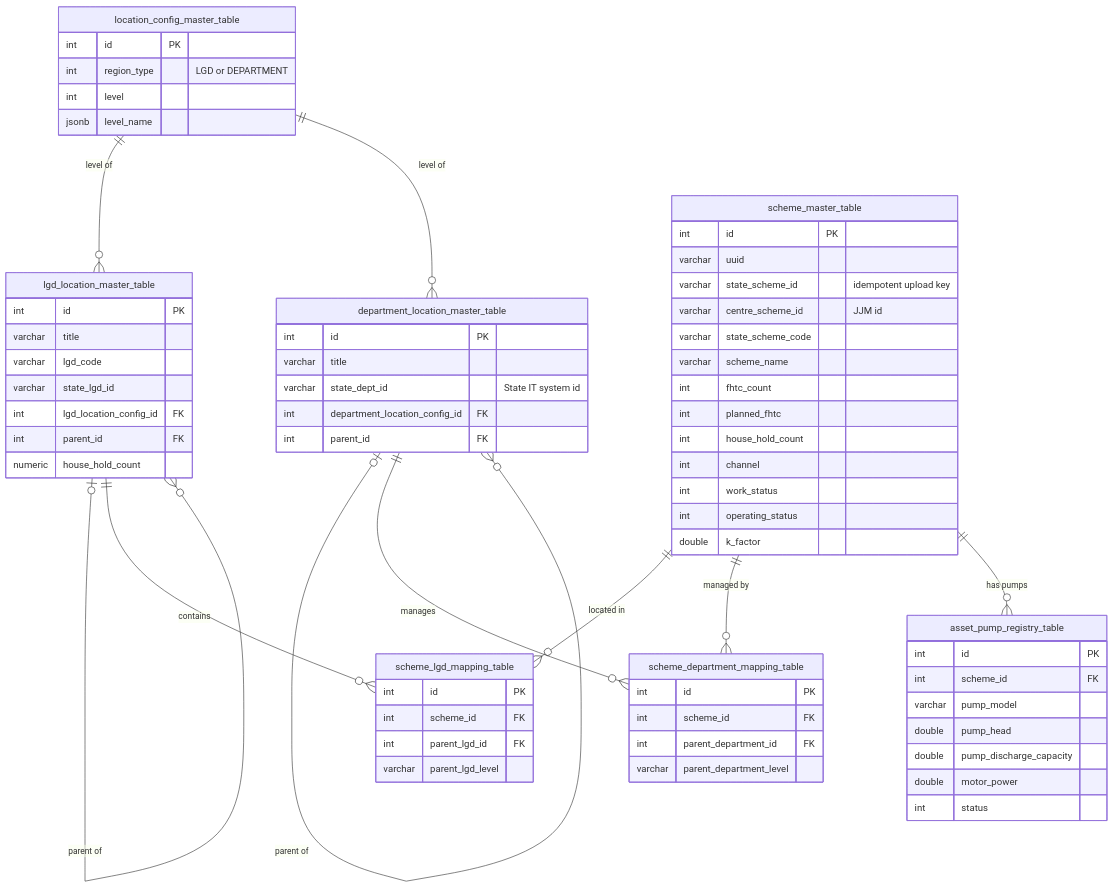
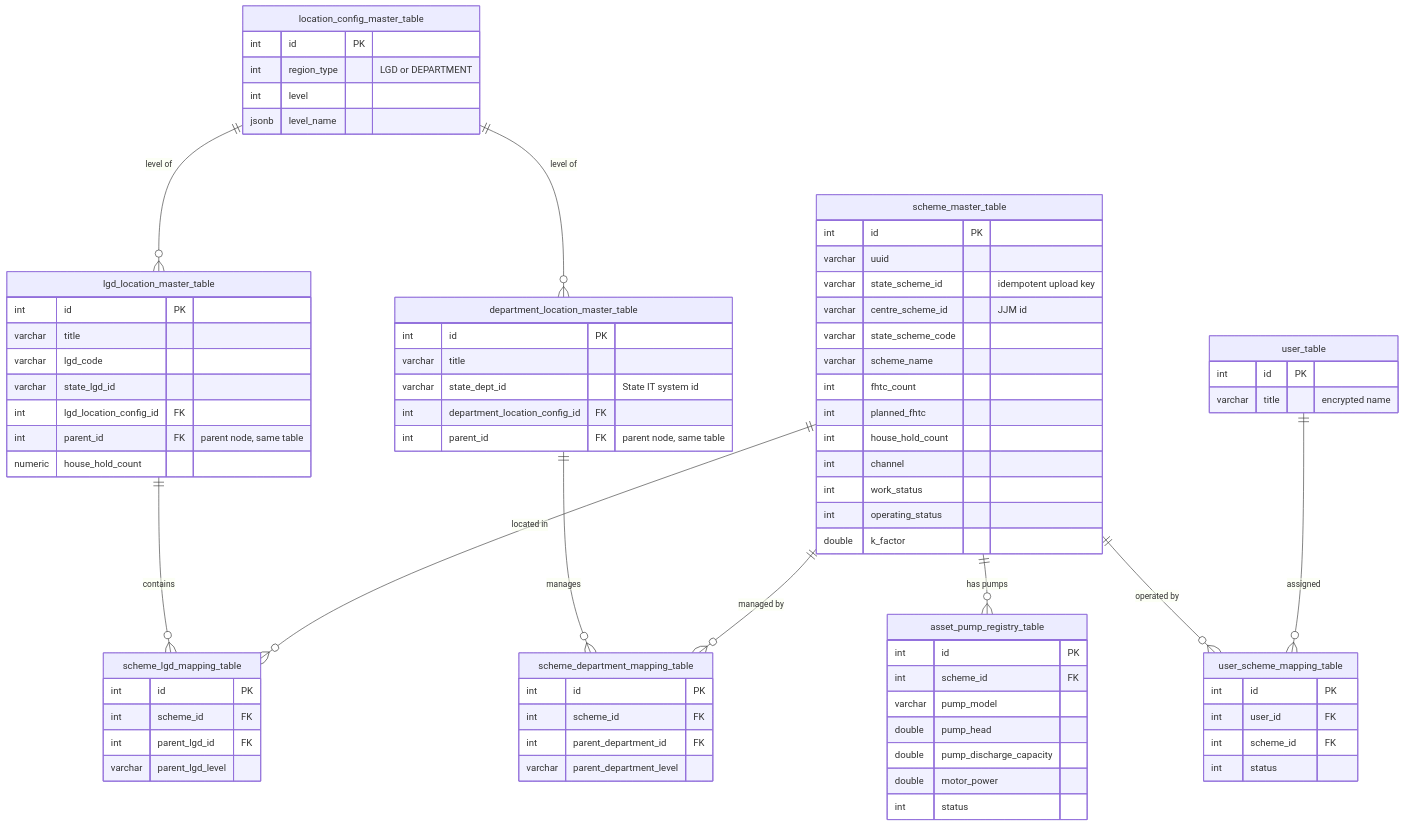
The third of 8 diagrams in gitbook/database-er-diagram.md (arghyam/JalSoochak), drawn with Mermaid before and after one commit. The commit also changed other lines of this file, not shown here.

First line of the commit message:
Fix ER diagrams that GitBook's Mermaid renders badly

````diff
--- a/gitbook/database-er-diagram.md
+++ b/gitbook/database-er-diagram.md
@@ -124,71 +124,81 @@
 ```mermaid
 erDiagram
     location_config_master_table {
         int id PK
         int region_type "LGD or DEPARTMENT"
         int level
         jsonb level_name
     }
     lgd_location_master_table {
         int id PK
         varchar title
         varchar lgd_code
         varchar state_lgd_id
         int lgd_location_config_id FK
-        int parent_id FK
+        int parent_id FK "parent node, same table"
         numeric house_hold_count
     }
     department_location_master_table {
         int id PK
         varchar title
         varchar state_dept_id "State IT system id"
         int department_location_config_id FK
-        int parent_id FK
+        int parent_id FK "parent node, same table"
     }
     scheme_master_table {
         int id PK
         varchar uuid
         varchar state_scheme_id "idempotent upload key"
         varchar centre_scheme_id "JJM id"
         varchar state_scheme_code
         varchar scheme_name
         int fhtc_count
         int planned_fhtc
         int house_hold_count
         int channel
         int work_status
         int operating_status
         double k_factor
     }
     scheme_lgd_mapping_table {
         int id PK
         int scheme_id FK
         int parent_lgd_id FK
         varchar parent_lgd_level
     }
     scheme_department_mapping_table {
         int id PK
         int scheme_id FK
         int parent_department_id FK
         varchar parent_department_level
     }
+    user_scheme_mapping_table {
+        int id PK
+        int user_id FK
+        int scheme_id FK
+        int status
+    }
+    user_table {
+        int id PK
+        varchar title "encrypted name"
+    }
     asset_pump_registry_table {
         int id PK
         int scheme_id FK
         varchar pump_model
         double pump_head
         double pump_discharge_capacity
         double motor_power
         int status
     }
 
     location_config_master_table ||--o{ lgd_location_master_table : "level of"
     location_config_master_table ||--o{ department_location_master_table : "level of"
-    lgd_location_master_table |o--o{ lgd_location_master_table : "parent of"
-    department_location_master_table |o--o{ department_location_master_table : "parent of"
     lgd_location_master_table ||--o{ scheme_lgd_mapping_table : "contains"
     scheme_master_table ||--o{ scheme_lgd_mapping_table : "located in"
     department_location_master_table ||--o{ scheme_department_mapping_table : "manages"
     scheme_master_table ||--o{ scheme_department_mapping_table : "managed by"
     scheme_master_table ||--o{ asset_pump_registry_table : "has pumps"
+    scheme_master_table ||--o{ user_scheme_mapping_table : "operated by"
+    user_table ||--o{ user_scheme_mapping_table : "assigned"
 ```
````
